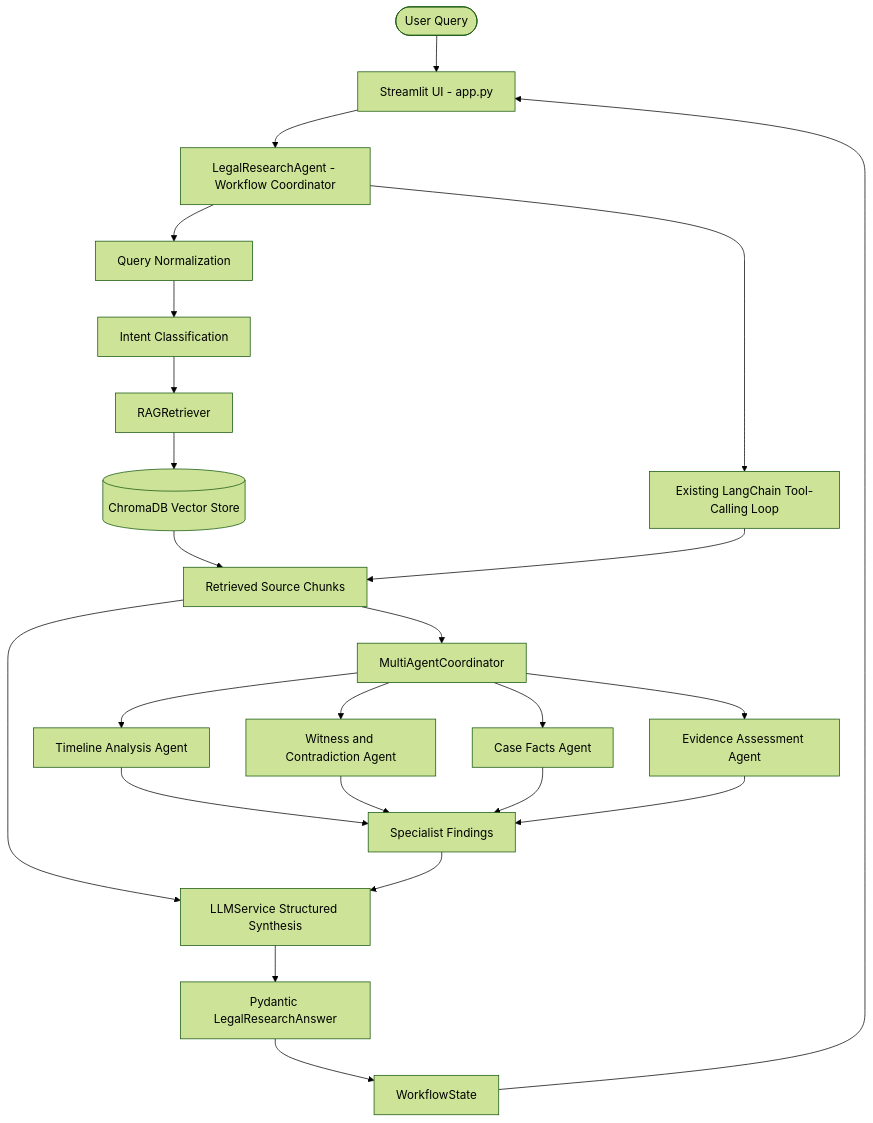
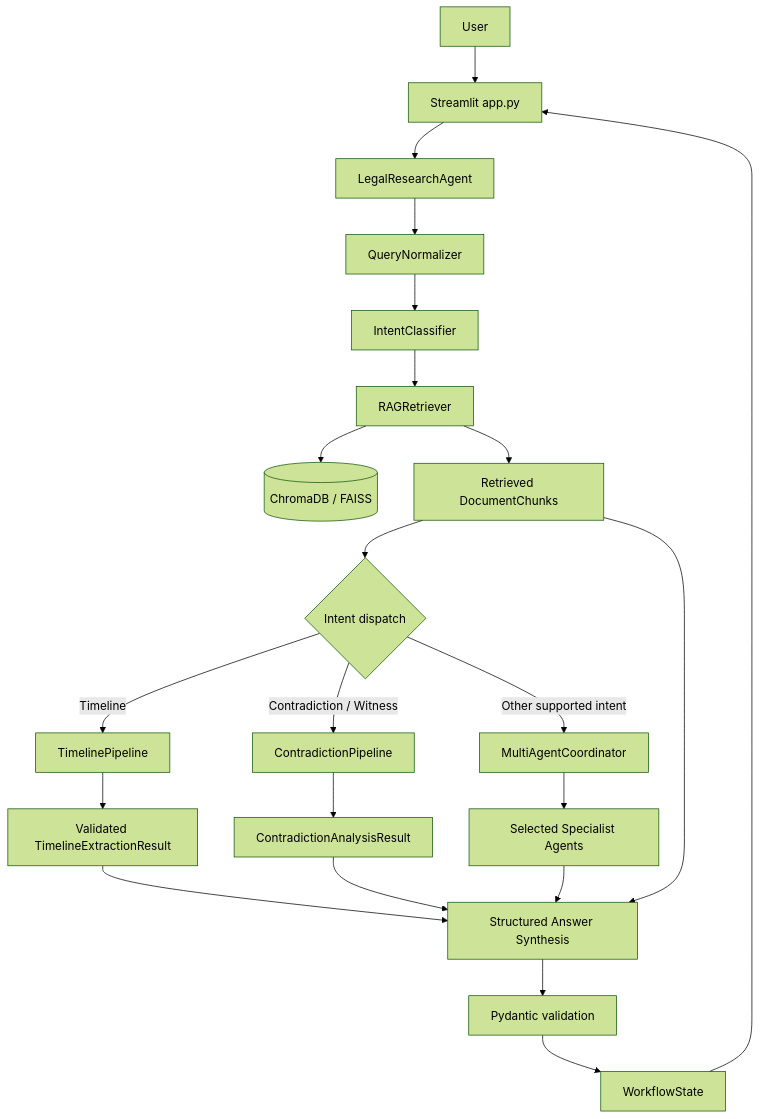
One commit to SathOps/Crime-Scene-Investigation-RAG changed the first of 3 diagrams in README.md. Above: the diagram before and after it, drawn with Mermaid (forest theme). The commit also changed other lines of this file, not shown here.

Commit message:
docs: overhaul README with architecture and experiment guide

````diff
--- a/README.md
+++ b/README.md
@@ -412,26 +85,24 @@
 ```mermaid
 flowchart TD
-    User([User Query]) --> UI[Streamlit UI - app.py]
-    UI --> Coordinator[LegalResearchAgent - Workflow Coordinator]
-    Coordinator --> Normalize[Query Normalization]
-    Normalize --> Intent[Intent Classification]
-    Intent --> Retrieve[RAGRetriever]
-    Retrieve --> Store[(ChromaDB Vector Store)]
-    Store --> Evidence[Retrieved Source Chunks]
-    Evidence --> Specialists[MultiAgentCoordinator]
-    Specialists --> Timeline[Timeline Analysis Agent]
-    Specialists --> Witness[Witness and Contradiction Agent]
-    Specialists --> Facts[Case Facts Agent]
-    Specialists --> Assessment[Evidence Assessment Agent]
-    Timeline --> Findings[Specialist Findings]
-    Witness --> Findings
-    Facts --> Findings
-    Assessment --> Findings
-    Evidence --> Synthesis[LLMService Structured Synthesis]
-    Findings --> Synthesis
-    Coordinator --> Tools[Existing LangChain Tool-Calling Loop]
-    Tools --> Evidence
-    Synthesis --> Schema[Pydantic LegalResearchAnswer]
-    Schema --> State[WorkflowState]
-    State --> UI
+    U[User] --> UI[Streamlit app.py]
+    UI --> LA[LegalResearchAgent]
+    LA --> N[QueryNormalizer]
+    N --> I[IntentClassifier]
+    I --> R[RAGRetriever]
+    R --> VS[(ChromaDB / FAISS)]
+    R --> EB[Retrieved DocumentChunks]
+    EB --> ROUTE{Intent dispatch}
+    ROUTE -->|Timeline| TP[TimelinePipeline]
+    ROUTE -->|Contradiction / Witness| CP[ContradictionPipeline]
+    ROUTE -->|Other supported intent| MC[MultiAgentCoordinator]
+    TP --> TE[Validated TimelineExtractionResult]
+    CP --> CE[ContradictionAnalysisResult]
+    MC --> SA[Selected Specialist Agents]
+    TE --> SYN[Structured Answer Synthesis]
+    CE --> SYN
+    SA --> SYN
+    EB --> SYN
+    SYN --> PV[Pydantic validation]
+    PV --> WS[WorkflowState]
+    WS --> UI
 ```
````
